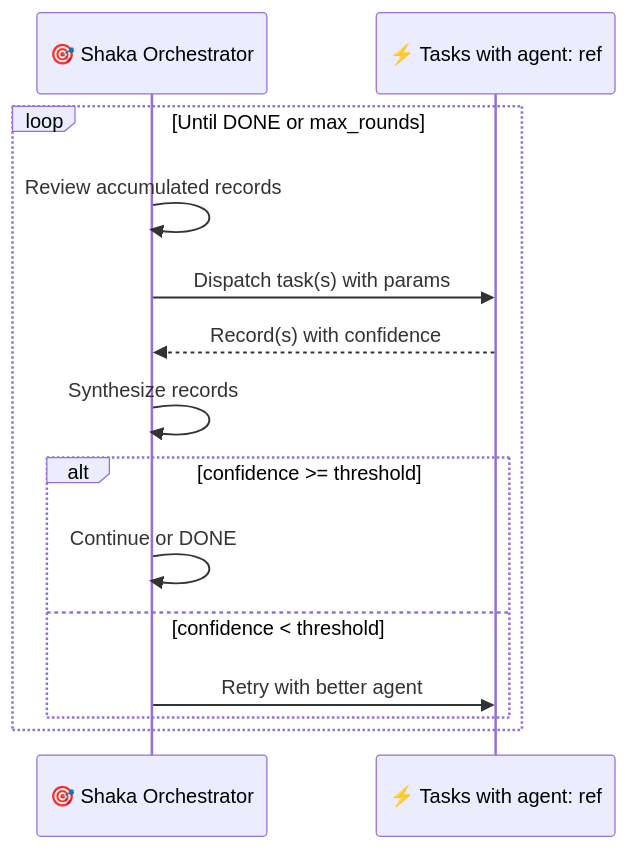
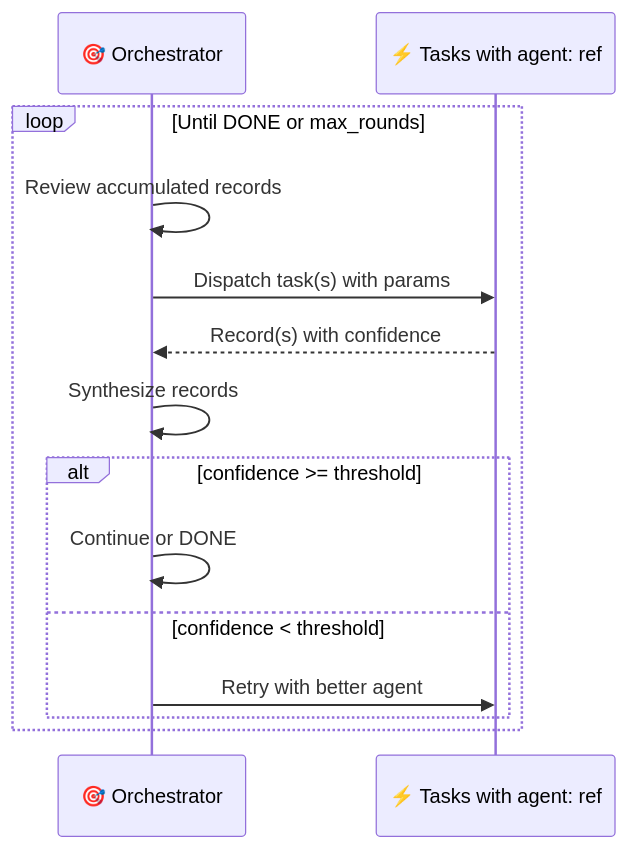
Before and after one commit to supernovae-st/nika: the fifth of 8 diagrams in docs/vision/07-slate-deep-integration.md, drawn with Mermaid. The commit also changed other lines of this file and 72 other files, not shown here.

````diff
--- a/docs/vision/07-slate-deep-integration.md
+++ b/docs/vision/07-slate-deep-integration.md
@@ -231,17 +239,17 @@
 ```mermaid
 sequenceDiagram
-    participant S as 🎯 Shaka Orchestrator
+    participant S as 🎯 Orchestrator
     participant T as ⚡ Tasks with agent: ref
 
     loop Until DONE or max_rounds
         S->>S: Review accumulated records
         S->>T: Dispatch task(s) with params
         T-->>S: Record(s) with confidence
         S->>S: Synthesize records
         alt confidence >= threshold
             S->>S: Continue or DONE
         else confidence < threshold
             S->>T: Retry with better agent
         end
     end
 ```
````
